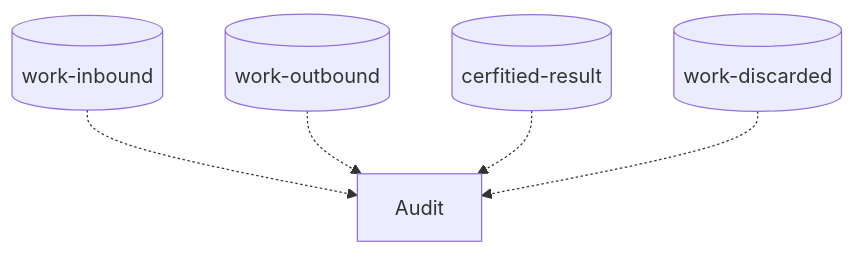
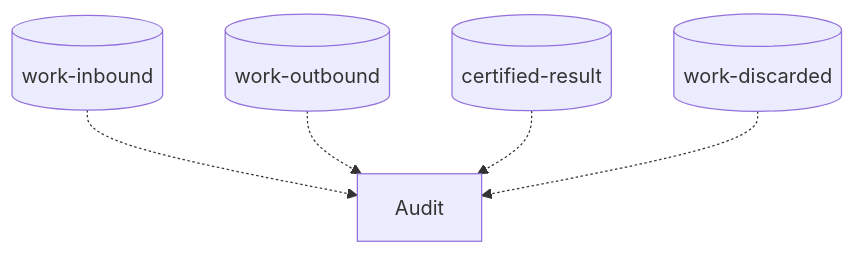
One commit to daniel-frak/rabbitmq-example changed the second of 2 diagrams in README.md. Above: the diagram before and after it, drawn with Mermaid.

Commit message:
docs: fix spelling error

````diff
--- a/README.md
+++ b/README.md
@@ -23,8 +23,8 @@
 ```mermaid
 
 graph TD
     work-inbound[(work-inbound)] -.-> Audit
     work-outbound[(work-outbound)] -.-> Audit
-    certified-result[(cerfitied-result)] -.-> Audit
+    certified-result[(certified-result)] -.-> Audit
     work-discarded[(work-discarded)] -.-> Audit
 ```
````
